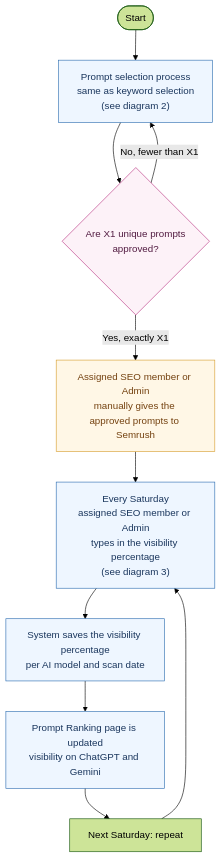
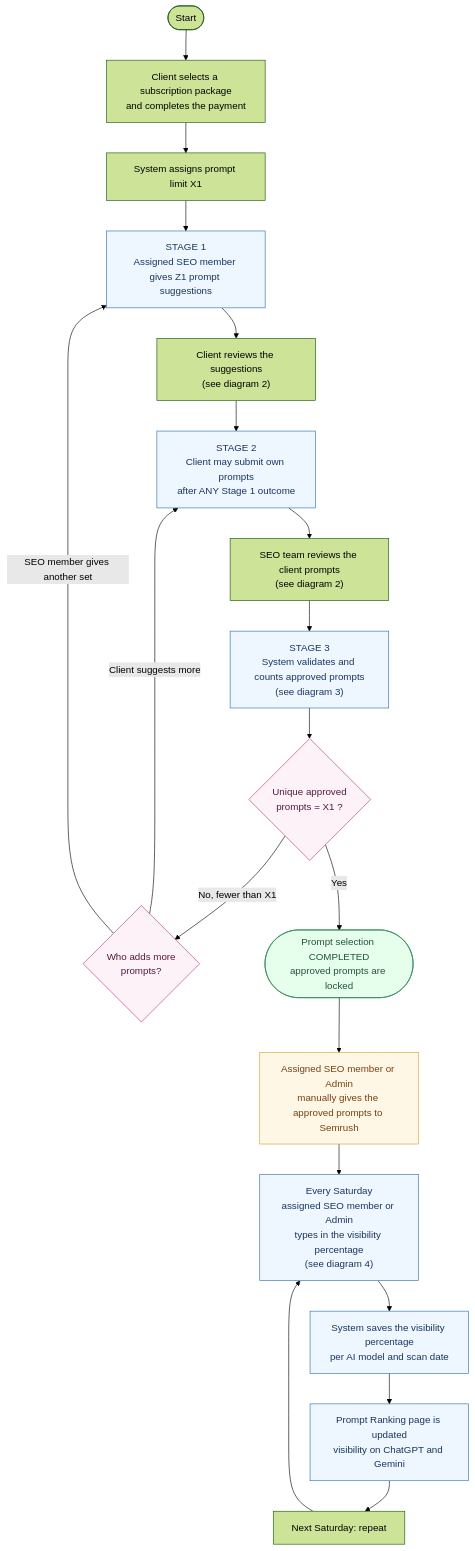
The first of 4 diagrams in demo/prompt ranking flow.md (RishabhRoy12/dais-documentation), drawn with Mermaid (forest theme) before and after one commit. The commit also changed other lines of this file, not shown here.

Commit message:
updating the prompt ranking flow file

````diff
--- a/demo/prompt ranking flow.md
+++ b/demo/prompt ranking flow.md
@@ -20,19 +30,31 @@
 ```mermaid
 flowchart TD
-    START([Start]) --> PS["Prompt selection process<br/>same as keyword selection<br/>(see diagram 2)"]
-    PS --> CHK{"Are X1 unique prompts<br/>approved?"}
-    CHK -->|"No, fewer than X1"| PS
-    CHK -->|"Yes, exactly X1"| GV["Assigned SEO member or Admin<br/>manually gives the approved prompts to Semrush"]
-    GV --> SAT["Every Saturday<br/>assigned SEO member or Admin<br/>types in the visibility percentage<br/>(see diagram 3)"]
+    START([Start]) --> P1["Client selects a subscription package<br/>and completes the payment"]
+    P1 --> P2["System assigns prompt limit X1"]
+    P2 --> S1["STAGE 1<br/>Assigned SEO member gives Z1 prompt suggestions"]
+    S1 --> R1["Client reviews the suggestions<br/>(see diagram 2)"]
+    R1 --> S2["STAGE 2<br/>Client may submit own prompts<br/>after ANY Stage 1 outcome"]
+    S2 --> R2["SEO team reviews the client prompts<br/>(see diagram 2)"]
+    R2 --> S3["STAGE 3<br/>System validates and counts approved prompts<br/>(see diagram 3)"]
+    S3 --> Q{"Unique approved<br/>prompts = X1 ?"}
+    Q -->|"No, fewer than X1"| MORE{"Who adds more<br/>prompts?"}
+    MORE -->|"Client suggests more"| S2
+    MORE -->|"SEO member gives another set"| S1
+    Q -->|"Yes"| DONE(["Prompt selection COMPLETED<br/>approved prompts are locked"])
+
+    DONE --> GV["Assigned SEO member or Admin<br/>manually gives the approved prompts to Semrush"]
+    GV --> SAT["Every Saturday<br/>assigned SEO member or Admin<br/>types in the visibility percentage<br/>(see diagram 4)"]
     SAT --> SAVE["System saves the visibility percentage<br/>per AI model and scan date"]
     SAVE --> PG["Prompt Ranking page is updated<br/>visibility on ChatGPT and Gemini"]
     PG --> NEXT["Next Saturday: repeat"]
     NEXT --> SAT
 
     classDef stage fill:#eef6ff,stroke:#2b6cb0,color:#1a365d
     classDef decision fill:#fdf2f8,stroke:#b83280,color:#521b41
+    classDef done fill:#e6ffed,stroke:#2f855a,color:#22543d
     classDef ext fill:#fff7e6,stroke:#d69e2e,color:#744210
-    class PS,SAT,SAVE,PG stage
-    class CHK decision
+    class S1,S2,S3,SAT,SAVE,PG stage
+    class Q,MORE decision
+    class DONE done
     class GV ext
 ```
````
